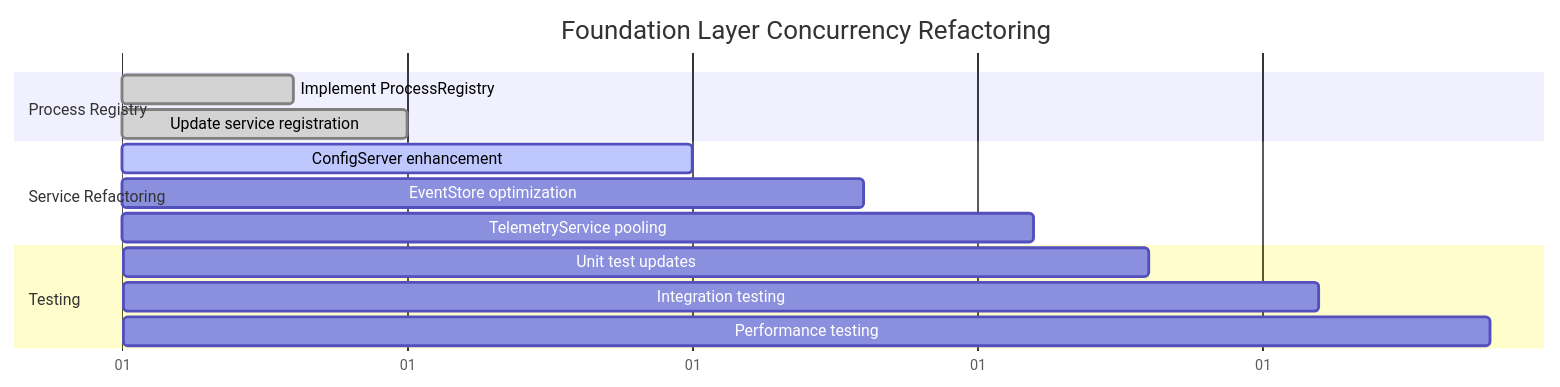
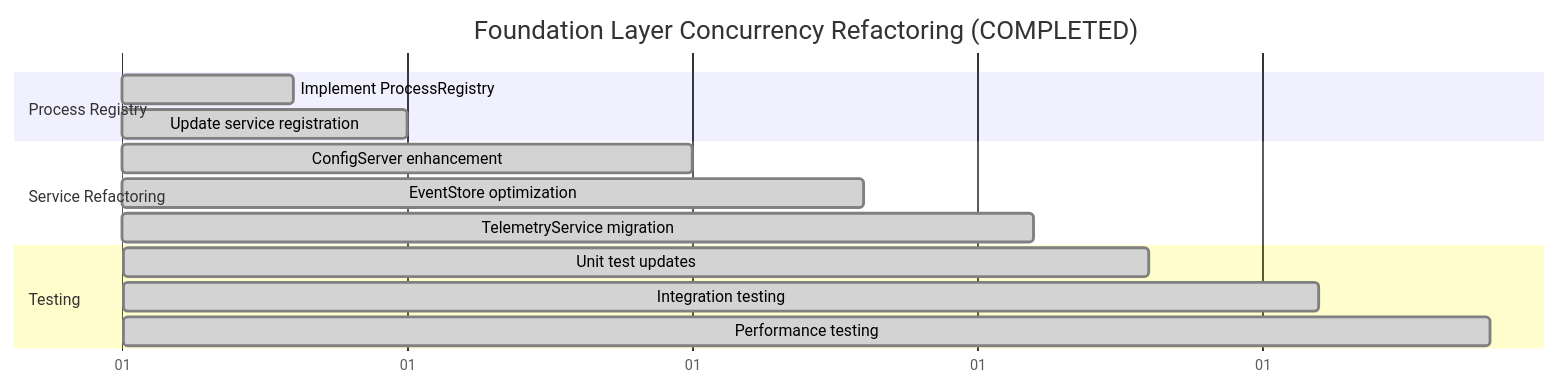
One commit to nshkrdotcom/elixir_scope changed diagram 13 of 14 in diags/L1_2_OTP.md. Above: the diagram before and after it, drawn with Mermaid. The commit also changed other lines of this file and 4 other files, not shown here.

````diff
--- a/diags/L1_2_OTP.md
+++ b/diags/L1_2_OTP.md
@@ -1169,20 +1419,20 @@
 ```mermaid
 gantt
-    title Foundation Layer Concurrency Refactoring
+    title Foundation Layer Concurrency Refactoring (COMPLETED)
     dateFormat  X
     axisFormat %d
     
     section Process Registry
     Implement ProcessRegistry     :done, reg, 0, 3
     Update service registration   :done, srv, 3, 5
     
-    section Service Refactoring
-    ConfigServer enhancement      :active, cfg, 5, 10
-    EventStore optimization      :evt, 8, 13
-    TelemetryService pooling     :tel, 11, 16
+    section Service Refactoring  
+    ConfigServer enhancement      :done, cfg, 5, 10
+    EventStore optimization      :done, evt, 8, 13
+    TelemetryService migration   :done, tel, 11, 16
     
     section Testing
-    Unit test updates            :test1, 14, 18
-    Integration testing          :test2, 17, 21
-    Performance testing          :perf, 20, 24
+    Unit test updates            :done, test1, 14, 18
+    Integration testing          :done, test2, 17, 21
+    Performance testing          :done, perf, 20, 24
 ```
````
